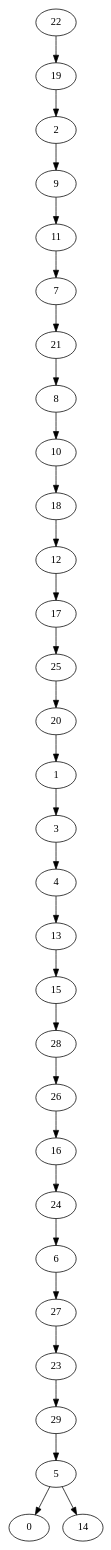
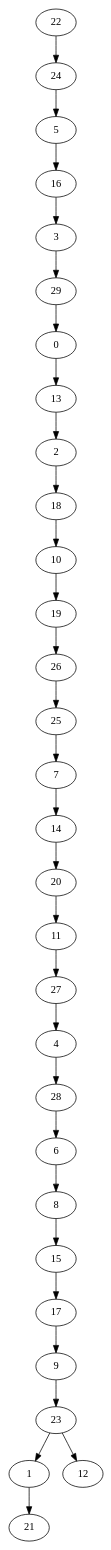
The diagram in files gv/DFS_R30ErdosReynigraph.gv (MiguelGarridoCastaneda/proyecto-parte2), drawn with Graphviz before and after one commit. The commit also changed 158 other files, not shown here.

```diff
--- a/files gv/DFS_R30ErdosReynigraph.gv
+++ b/files gv/DFS_R30ErdosReynigraph.gv
@@ -1,61 +1,61 @@
 digraph my_graph {
 22 [label=22]
+24 [label=24]
+5 [label=5]
+16 [label=16]
+3 [label=3]
+29 [label=29]
+0 [label=0]
+13 [label=13]
+2 [label=2]
+18 [label=18]
+10 [label=10]
 19 [label=19]
-2 [label=2]
+26 [label=26]
+25 [label=25]
+7 [label=7]
+14 [label=14]
+20 [label=20]
+11 [label=11]
+27 [label=27]
+4 [label=4]
+28 [label=28]
+6 [label=6]
+8 [label=8]
+15 [label=15]
+17 [label=17]
 9 [label=9]
-11 [label=11]
-7 [label=7]
+23 [label=23]
+1 [label=1]
 21 [label=21]
-8 [label=8]
-10 [label=10]
-18 [label=18]
 12 [label=12]
-17 [label=17]
-25 [label=25]
-20 [label=20]
-1 [label=1]
-3 [label=3]
-4 [label=4]
-13 [label=13]
-15 [label=15]
-28 [label=28]
-26 [label=26]
-16 [label=16]
-24 [label=24]
-6 [label=6]
-27 [label=27]
-23 [label=23]
-29 [label=29]
-5 [label=5]
-0 [label=0]
-14 [label=14]
-22->19
-19->2
-2->9
-9->11
-11->7
-7->21
-21->8
-8->10
-10->18
-18->12
-12->17
-17->25
-25->20
-20->1
-1->3
-3->4
-4->13
-13->15
-15->28
-28->26
-26->16
-16->24
-24->6
-6->27
-27->23
-23->29
-29->5
-5->0
-5->14
+22->24
+24->5
+5->16
+16->3
+3->29
+29->0
+0->13
+13->2
+2->18
+18->10
+10->19
+19->26
+26->25
+25->7
+7->14
+14->20
+20->11
+11->27
+27->4
+4->28
+28->6
+6->8
+8->15
+15->17
+17->9
+9->23
+23->1
+1->21
+23->12
 }
```
